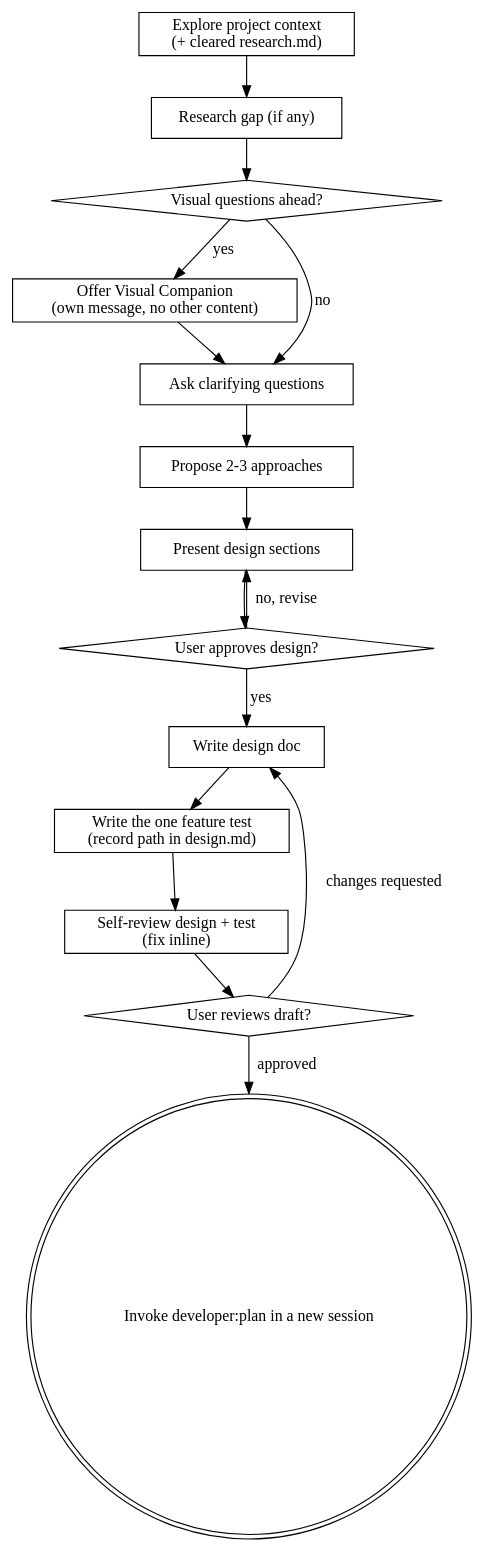
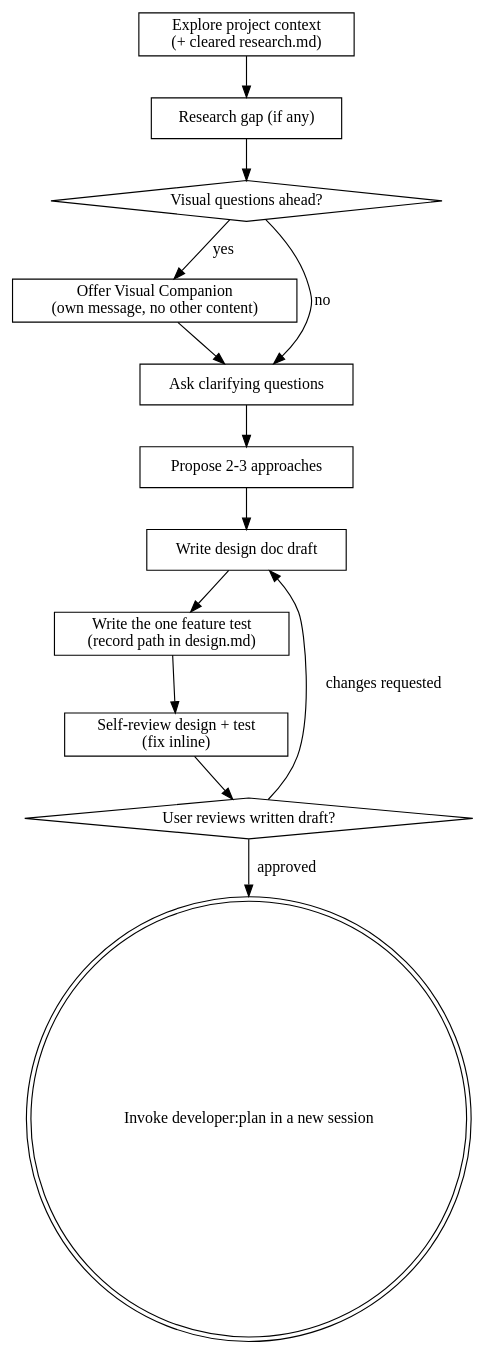
One commit to DavidSouther/domain-driven-design changed the diagram in developer/skills/design/SKILL.md. Above: the diagram before and after it, drawn with Graphviz. The commit also changed other lines of this file and 7 other files, not shown here.

````diff
--- a/developer/skills/design/SKILL.md
+++ b/developer/skills/design/SKILL.md
@@ -71,33 +70,28 @@
 ```dot
 digraph brainstorming {
     explore [shape=box label="Explore project context\n(+ cleared research.md)"];
     research [shape=box label="Research gap (if any)"];
     visual_q [shape=diamond label="Visual questions ahead?"];
     visual [shape=box label="Offer Visual Companion\n(own message, no other content)"];
     clarify [shape=box label="Ask clarifying questions"];
     propose [shape=box label="Propose 2-3 approaches"];
-    present [shape=box label="Present design sections"];
-    user_ok [shape=diamond label="User approves design?"];
-    write [shape=box label="Write design doc"];
+    write [shape=box label="Write design doc draft"];
     test [shape=box label="Write the one feature test\n(record path in design.md)"];
     review [shape=box label="Self-review design + test\n(fix inline)"];
-    user_review [shape=diamond label="User reviews draft?"];
+    user_review [shape=diamond label="User reviews written draft?"];
     done [shape=doublecircle label="Invoke developer:plan in a new session"];
 
     explore -> research;
     research -> visual_q;
     visual_q -> visual [label="yes"];
     visual_q -> clarify [label="no"];
     visual -> clarify;
     clarify -> propose;
-    propose -> present;
-    present -> user_ok;
-    user_ok -> present [label="no, revise"];
-    user_ok -> write [label="yes"];
+    propose -> write;
     write -> test;
     test -> review;
     review -> user_review;
     user_review -> write [label="changes requested"];
     user_review -> done [label="approved"];
 }
 ```
````
